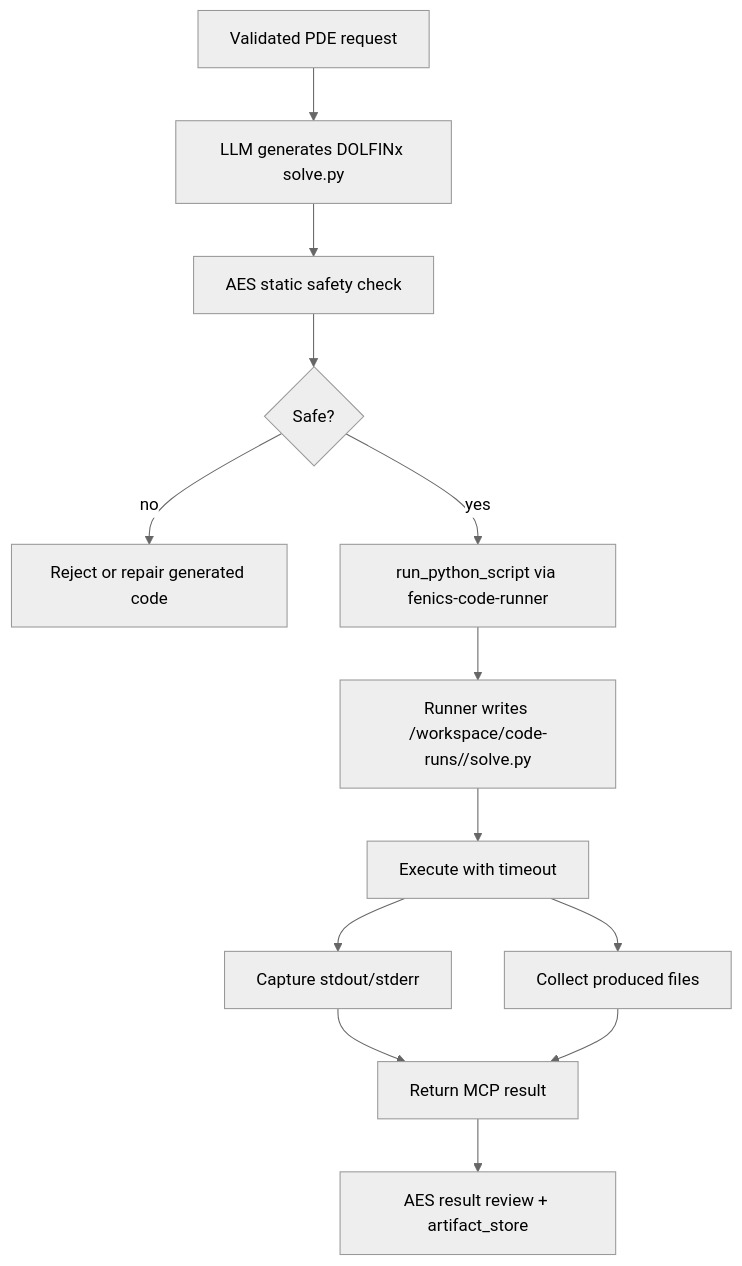
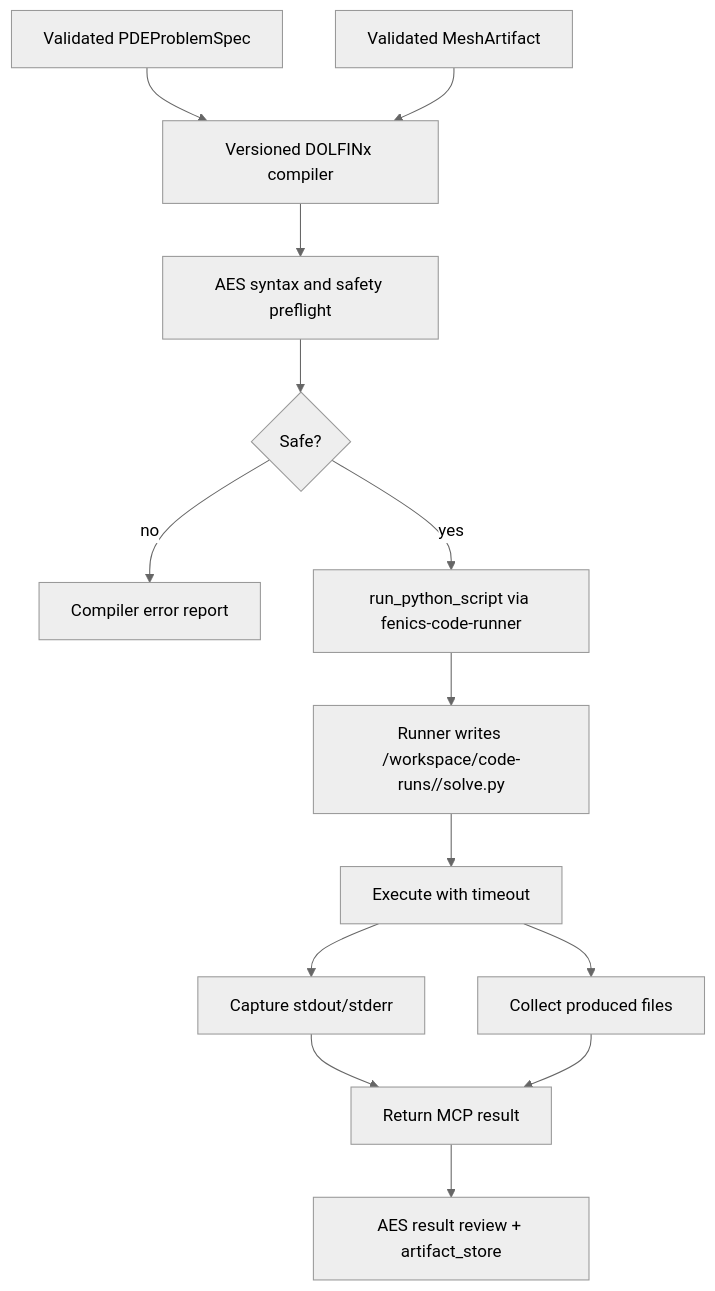
Before and after one commit to RadmirG/AES: the second of 4 diagrams in mcp/providers/fenics/architecture.md, drawn with Mermaid (neutral theme). The commit also changed other lines of this file and 60 other files, not shown here.

````diff
--- a/mcp/providers/fenics/architecture.md
+++ b/mcp/providers/fenics/architecture.md
@@ -39,15 +40,16 @@
 ```mermaid
 flowchart TD
-    A["Validated PDE request"] --> B["LLM generates DOLFINx solve.py"]
-    B --> C["AES static safety check"]
-    C --> D{"Safe?"}
-    D -->|no| E["Reject or repair generated code"]
-    D -->|yes| F["run_python_script via fenics-code-runner"]
+    A["Validated PDEProblemSpec"] --> C["Versioned DOLFINx compiler"]
+    B["Validated MeshArtifact"] --> C
+    C --> D["AES syntax and safety preflight"]
+    D --> E{"Safe?"}
+    E -->|no| R["Compiler error report"]
+    E -->|yes| F["run_python_script via fenics-code-runner"]
     F --> G["Runner writes /workspace/code-runs/<run_id>/solve.py"]
     G --> H["Execute with timeout"]
     H --> I["Capture stdout/stderr"]
     H --> J["Collect produced files"]
     I --> K["Return MCP result"]
     J --> K
     K --> L["AES result review + artifact_store"]
 ```
````
